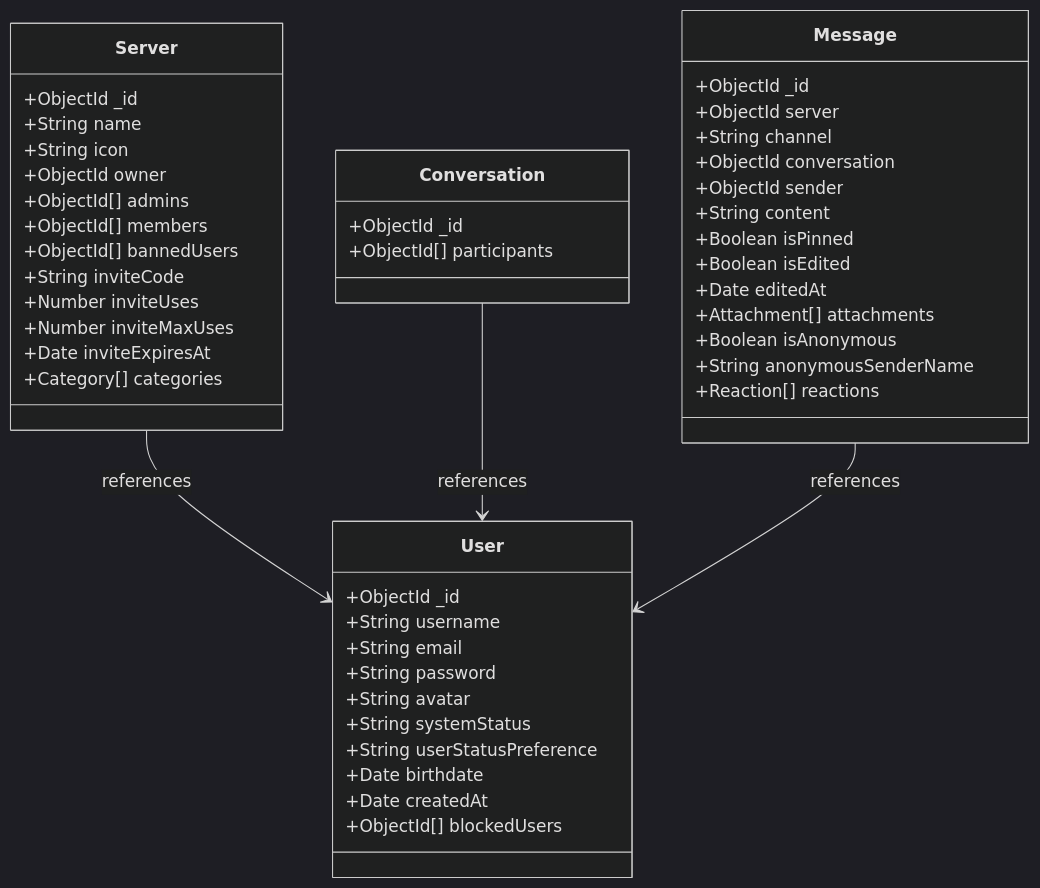
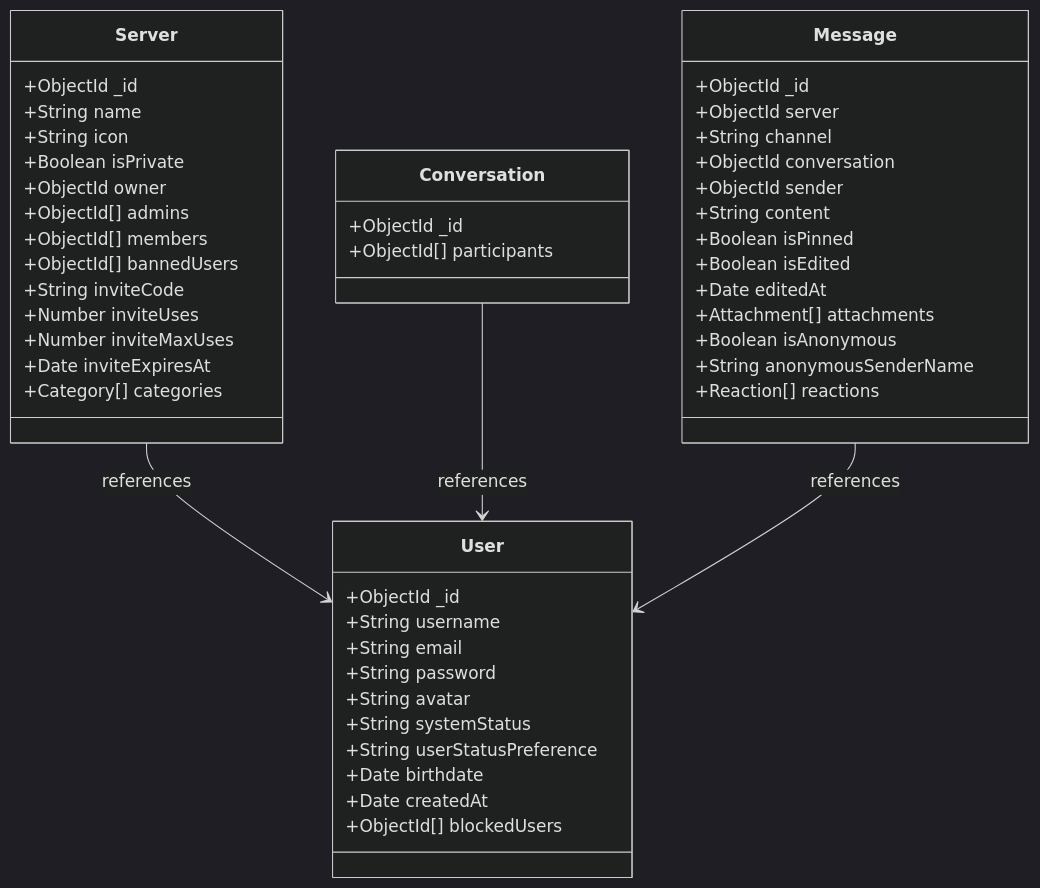
One commit to yahyazawadi/discord-backend changed the first of 2 diagrams in master_system_blueprint.md. Above: the diagram before and after it, drawn with Mermaid (dark theme). The commit also changed other lines of this file, not shown here.

````diff
--- a/master_system_blueprint.md
+++ b/master_system_blueprint.md
@@ -18,51 +18,52 @@
 ```mermaid
 classDiagram
     class User {
         +ObjectId _id
         +String username
         +String email
         +String password
         +String avatar
         +String systemStatus
         +String userStatusPreference
         +Date birthdate
         +Date createdAt
         +ObjectId[] blockedUsers
     }
     class Server {
         +ObjectId _id
         +String name
         +String icon
+        +Boolean isPrivate
         +ObjectId owner
         +ObjectId[] admins
         +ObjectId[] members
         +ObjectId[] bannedUsers
         +String inviteCode
         +Number inviteUses
         +Number inviteMaxUses
         +Date inviteExpiresAt
         +Category[] categories
     }
     class Conversation {
         +ObjectId _id
         +ObjectId[] participants
     }
     class Message {
         +ObjectId _id
         +ObjectId server
         +String channel
         +ObjectId conversation
         +ObjectId sender
         +String content
         +Boolean isPinned
         +Boolean isEdited
         +Date editedAt
         +Attachment[] attachments
         +Boolean isAnonymous
         +String anonymousSenderName
         +Reaction[] reactions
     }
     Server --> User : references
     Conversation --> User : references
     Message --> User : references
 ```
````
